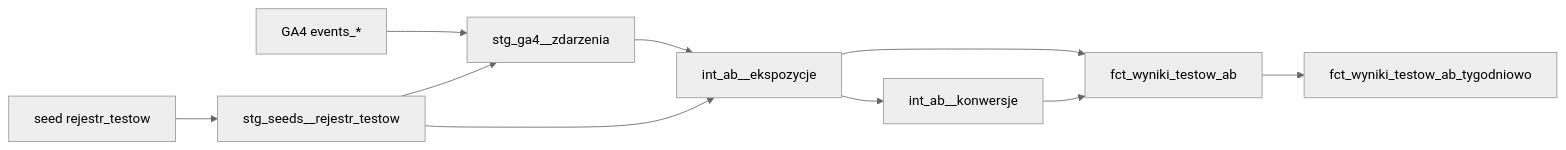
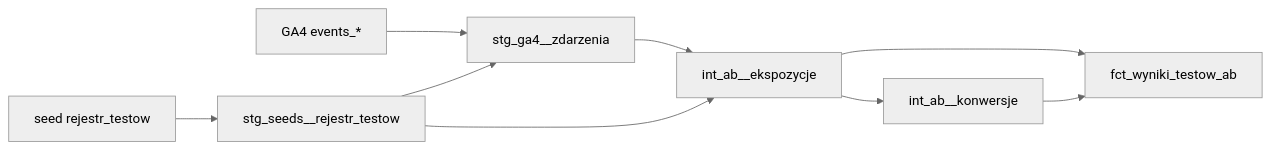
One commit to pmackowka/ga4-ab-testing-template changed the first of 2 diagrams in dbt/README.md. Above: the diagram before and after it, drawn with Mermaid (neutral theme). The commit also changed other lines of this file and 16 other files, not shown here.

````diff
--- a/dbt/README.md
+++ b/dbt/README.md
@@ -68,12 +68,11 @@
 ```mermaid
 flowchart LR
     G["GA4 events_*"] --> S["stg_ga4__zdarzenia"]
     C["seed rejestr_testow"] --> T["stg_seeds__rejestr_testow"]
     T --> S
     S --> E["int_ab__ekspozycje"]
     T --> E
     E --> K["int_ab__konwersje"]
     E --> R["fct_wyniki_testow_ab"]
     K --> R
-    R --> W["fct_wyniki_testow_ab_tygodniowo"]
 ```
````
